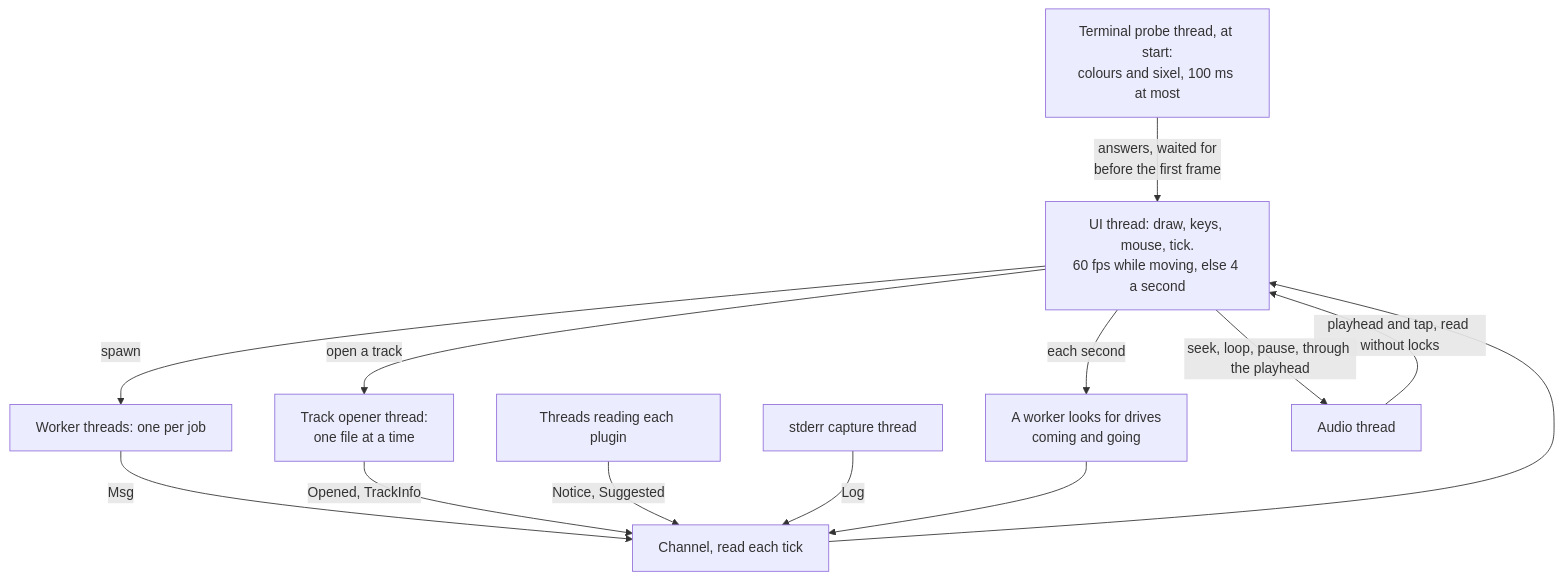
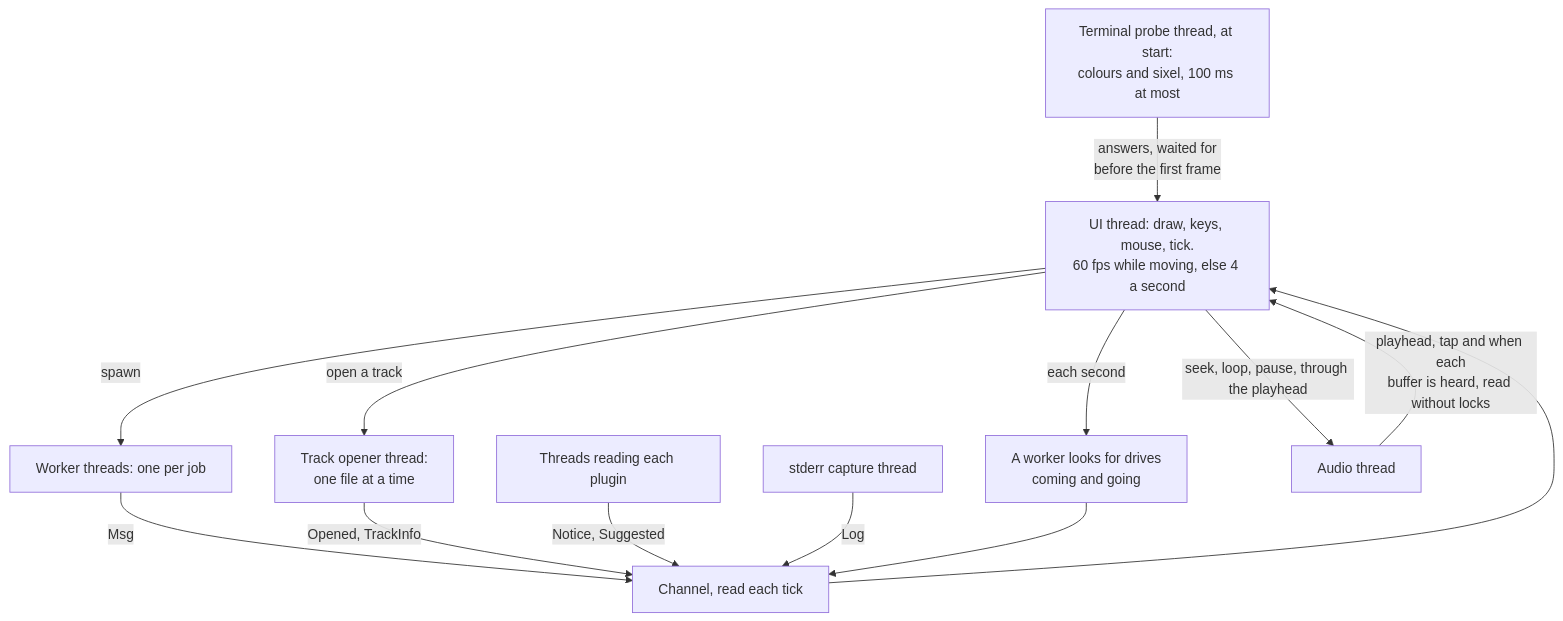
Before and after one commit to cutenode/localnetwork: the seventh of 17 diagrams in apps/locallibrary/docs/diagrams/player.md, drawn with Mermaid. The commit also changed other lines of this file, not shown here.

Commit message:
docs(locallibrary): the playback diagrams show the output clock and the heard position

````diff
--- a/apps/locallibrary/docs/diagrams/player.md
+++ b/apps/locallibrary/docs/diagrams/player.md
@@ -154,16 +154,16 @@
 ```mermaid
 flowchart TD
     loop["UI thread: draw, keys, mouse, tick.<br/>60 fps while moving, else 4 a second"]
     workers["Worker threads: one per job"] -->|"Msg"| channel["Channel, read each tick"]
     opener["Track opener thread:<br/>one file at a time"] -->|"Opened, TrackInfo"| channel
     plugins["Threads reading each plugin"] -->|"Notice, Suggested"| channel
     stderr["stderr capture thread"] -->|"Log"| channel
     channel --> loop
     loop -->|"spawn"| workers
     loop -->|"open a track"| opener
     loop -->|"each second"| poll["A worker looks for drives<br/>coming and going"]
     poll --> channel
-    audio["Audio thread"] -->|"playhead and tap, read without locks"| loop
+    audio["Audio thread"] -->|"playhead, tap and when each<br/>buffer is heard, read without locks"| loop
     loop -->|"seek, loop, pause, through the playhead"| audio
     probe["Terminal probe thread, at start:<br/>colours and sixel, 100 ms at most"] -->|"answers, waited for<br/>before the first frame"| loop
 ```
````
